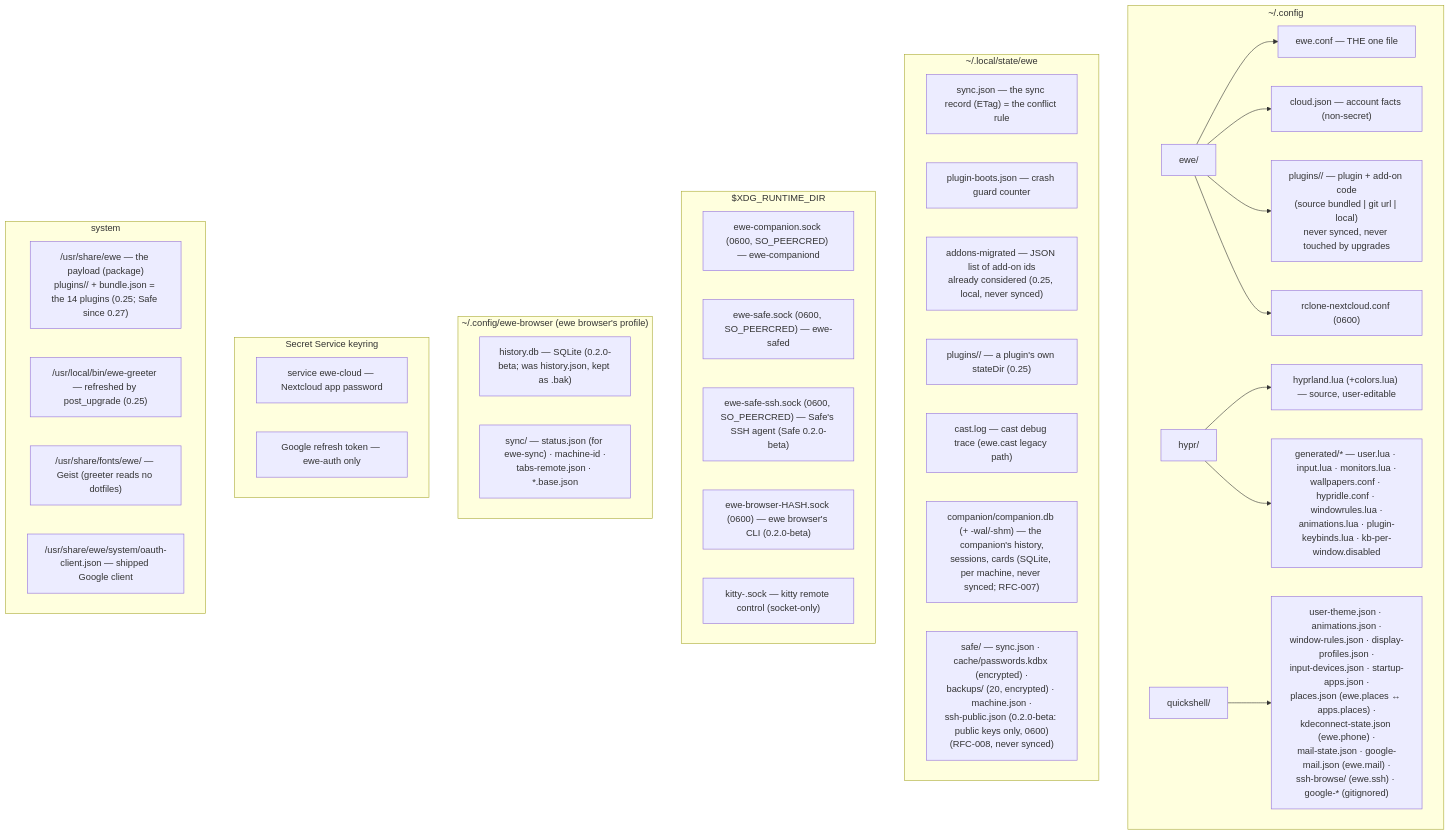
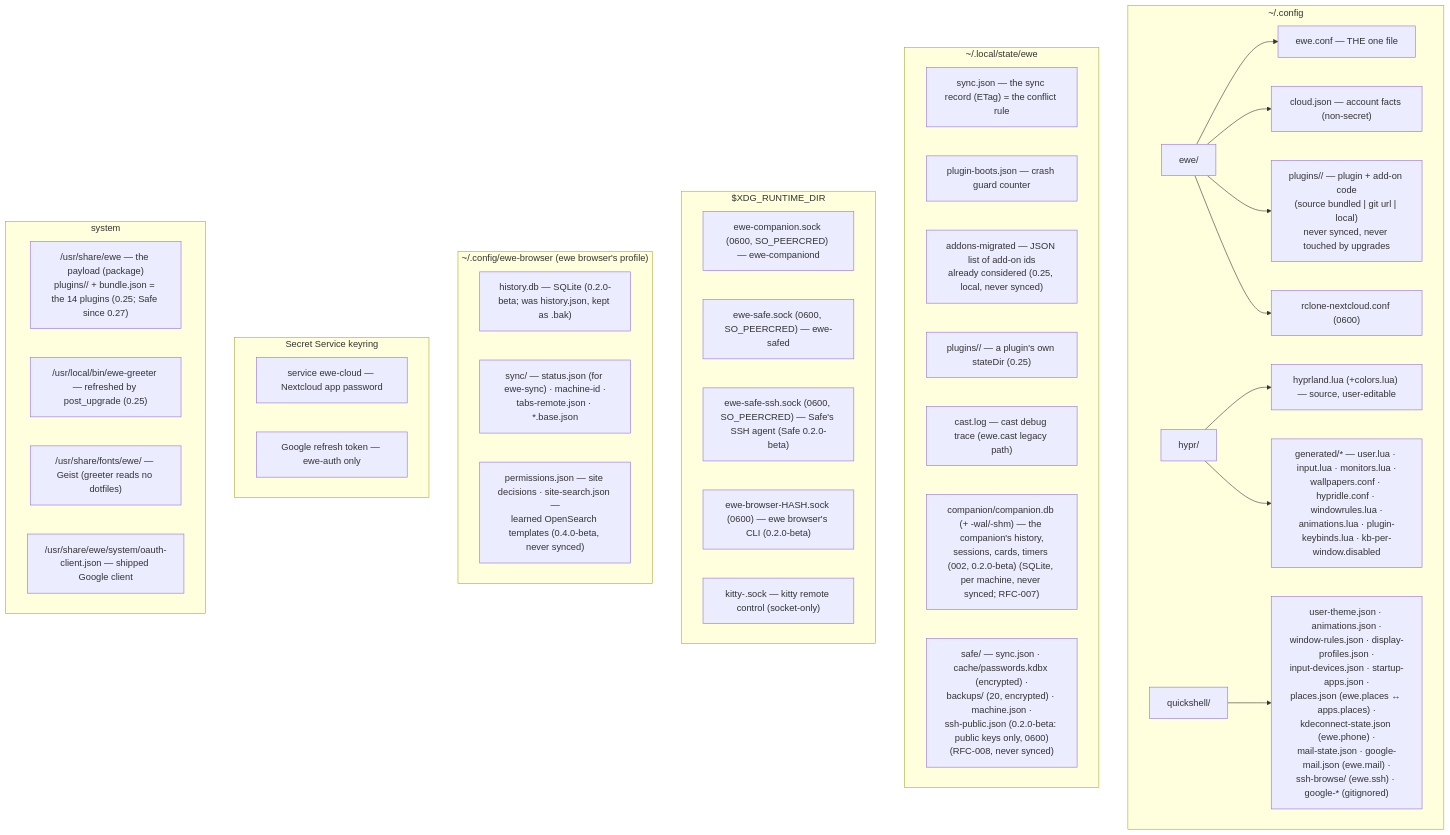
The diagram in 12-Reference/Storage Map.md (prj786/ewe-map), drawn with Mermaid before and after one commit. The commit also changed other lines of this file and 23 other files, not shown here.

First line of the commit message:
release: ewe browser 0.4.0-beta, ewe-companion 0.2.0/0.2.1-beta, ewe 0.30.0-beta — wave 2 (2026-10-18)

````diff
--- a/12-Reference/Storage Map.md
+++ b/12-Reference/Storage Map.md
@@ -14,42 +14,43 @@
 ```mermaid
 flowchart TB
     subgraph CFG["~/.config"]
         EWE["ewe/"] --> CONF["ewe.conf — THE one file"]
         EWE --> CLOUD["cloud.json — account facts (non-secret)"]
         EWE --> PLUGS["plugins/<id>/ — plugin + add-on code<br/>(source bundled | git url | local)<br/>never synced, never touched by upgrades"]
         EWE --> RCLONE["rclone-nextcloud.conf (0600)"]
         HYPR["hypr/"] --> HYPRLUA["hyprland.lua (+colors.lua) — source, user-editable"]
         HYPR --> GEN["generated/* — user.lua · input.lua · monitors.lua ·<br/>wallpapers.conf · hypridle.conf · windowrules.lua ·<br/>animations.lua · plugin-keybinds.lua · kb-per-window.disabled"]
         QS["quickshell/"] --> QSJ["user-theme.json · animations.json ·<br/>window-rules.json · display-profiles.json ·<br/>input-devices.json · startup-apps.json ·<br/>places.json (ewe.places ↔ apps.places) ·<br/>kdeconnect-state.json (ewe.phone) ·<br/>mail-state.json · google-mail.json (ewe.mail) ·<br/>ssh-browse/ (ewe.ssh) · google-* (gitignored)"]
     end
     subgraph STATE["~/.local/state/ewe"]
         SYNC["sync.json — the sync record (ETag) = the conflict rule"]
         BOOTS["plugin-boots.json — crash guard counter"]
         MIGR["addons-migrated — JSON list of add-on ids<br/>already considered (0.25, local, never synced)"]
         PSTATE["plugins/<id>/ — a plugin's own stateDir (0.25)"]
         CAST["cast.log — cast debug trace (ewe.cast legacy path)"]
-        COMP["companion/companion.db (+ -wal/-shm) — the companion's history,<br/>sessions, cards (SQLite, per machine, never synced; RFC-007)"]
+        COMP["companion/companion.db (+ -wal/-shm) — the companion's history,<br/>sessions, cards, timers (002, 0.2.0-beta) (SQLite, per machine, never synced; RFC-007)"]
         SAFE["safe/ — sync.json · cache/passwords.kdbx (encrypted) ·<br/>backups/ (20, encrypted) · machine.json ·<br/>ssh-public.json (0.2.0-beta: public keys only, 0600)<br/>(RFC-008, never synced)"]
     end
     subgraph RUN["$XDG_RUNTIME_DIR"]
         CSOCK["ewe-companion.sock (0600, SO_PEERCRED) — ewe-companiond"]
         SSOCK["ewe-safe.sock (0600, SO_PEERCRED) — ewe-safed"]
         SSHSOCK["ewe-safe-ssh.sock (0600, SO_PEERCRED) — Safe's SSH agent (Safe 0.2.0-beta)"]
         BSOCK["ewe-browser-HASH.sock (0600) — ewe browser's CLI (0.2.0-beta)"]
         KSOCK["kitty-<pid>.sock — kitty remote control (socket-only)"]
     end
     subgraph BROWSER["~/.config/ewe-browser (ewe browser's profile)"]
         BHIST["history.db — SQLite (0.2.0-beta; was history.json, kept as .bak)"]
         BSYNC["sync/ — status.json (for ewe-sync) · machine-id ·<br/>tabs-remote.json · *.base.json"]
+        BPRIV["permissions.json — site decisions · site-search.json —<br/>learned OpenSearch templates (0.4.0-beta, never synced)"]
     end
     subgraph KEYRING["Secret Service keyring"]
         KC["service ewe-cloud — Nextcloud app password"]
         KG["Google refresh token — ewe-auth only"]
     end
     subgraph SYSTEM["system"]
         PAY["/usr/share/ewe — the payload (package)<br/>plugins/<id>/ + bundle.json = the 14 plugins (0.25; Safe since 0.27)"]
         GREET["/usr/local/bin/ewe-greeter — refreshed by post_upgrade (0.25)"]
         FONTS["/usr/share/fonts/ewe/ — Geist (greeter reads no dotfiles)"]
         OAUTH["/usr/share/ewe/system/oauth-client.json — shipped Google client"]
     end
 ```
````
